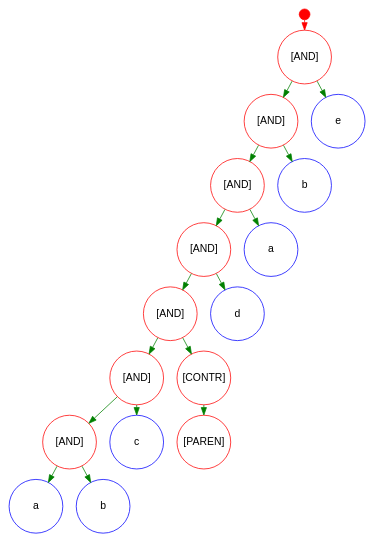
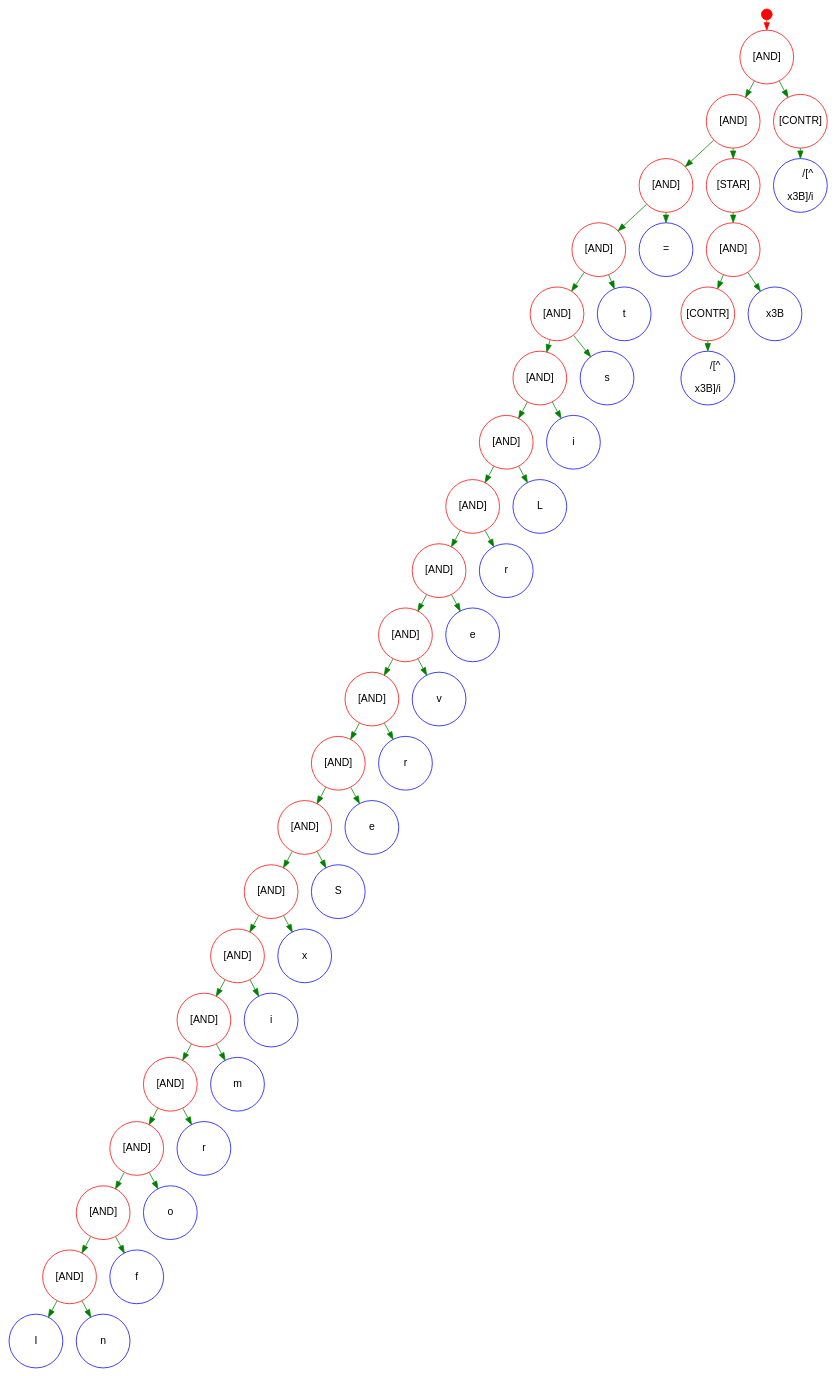
One commit to asohangh/nfaengine changed the diagram in NFAEngine2/parsetree.dot. Above: the diagram before and after it, drawn with Graphviz. The commit also changed 54 other files, not shown here.

```diff
--- a/NFAEngine2/parsetree.dot
+++ b/NFAEngine2/parsetree.dot
@@ -1,39 +1,99 @@
 digraph "parse Tree" {
 graph [ranksep=.2,rankdir=TD];
 node [shape=circle,fontname=Arial,fontsize=14];
 node [width=1,fixedsize=true];
 edge [fontname=Arial,fontsize=14];
 -1 [width=0.2,shape=point color=red];
 -1 -> 0 [ color=red];
 0 [label="[AND]" color=red];
 0 -> 1 [color=green];
 1 [label="[AND]" color=red];
 1 -> 2 [color=green];
 2 [label="[AND]" color=red];
 2 -> 3 [color=green];
 3 [label="[AND]" color=red];
 3 -> 4 [color=green];
 4 [label="[AND]" color=red];
 4 -> 5 [color=green];
 5 [label="[AND]" color=red];
 5 -> 6 [color=green];
 6 [label="[AND]" color=red];
 6 -> 7 [color=green];
-7 [label="a" color=blue];
-6 -> 8 [color=green];
-8 [label="b" color=blue];
-5 -> 9 [color=green];
-9 [label="c" color=blue];
-4 -> 10 [color=green];
-10 [label="[CONTR]" color=red];
+7 [label="[AND]" color=red];
+7 -> 8 [color=green];
+8 [label="[AND]" color=red];
+8 -> 9 [color=green];
+9 [label="[AND]" color=red];
+9 -> 10 [color=green];
+10 [label="[AND]" color=red];
 10 -> 11 [color=green];
-11 [label="[PAREN]" color=red];
-3 -> 12 [color=green];
-12 [label="d" color=blue];
-2 -> 13 [color=green];
-13 [label="a" color=blue];
-1 -> 14 [color=green];
-14 [label="b" color=blue];
-0 -> 15 [color=green];
-15 [label="e" color=blue];
+11 [label="[AND]" color=red];
+11 -> 12 [color=green];
+12 [label="[AND]" color=red];
+12 -> 13 [color=green];
+13 [label="[AND]" color=red];
+13 -> 14 [color=green];
+14 [label="[AND]" color=red];
+14 -> 15 [color=green];
+15 [label="[AND]" color=red];
+15 -> 16 [color=green];
+16 [label="[AND]" color=red];
+16 -> 17 [color=green];
+17 [label="[AND]" color=red];
+17 -> 18 [color=green];
+18 [label="[AND]" color=red];
+18 -> 19 [color=green];
+19 [label="[AND]" color=red];
+19 -> 20 [color=green];
+20 [label="I" color=blue];
+19 -> 21 [color=green];
+21 [label="n" color=blue];
+18 -> 22 [color=green];
+22 [label="f" color=blue];
+17 -> 23 [color=green];
+23 [label="o" color=blue];
+16 -> 24 [color=green];
+24 [label="r" color=blue];
+15 -> 25 [color=green];
+25 [label="m" color=blue];
+14 -> 26 [color=green];
+26 [label="i" color=blue];
+13 -> 27 [color=green];
+27 [label="x" color=blue];
+12 -> 28 [color=green];
+28 [label="S" color=blue];
+11 -> 29 [color=green];
+29 [label="e" color=blue];
+10 -> 30 [color=green];
+30 [label="r" color=blue];
+9 -> 31 [color=green];
+31 [label="v" color=blue];
+8 -> 32 [color=green];
+32 [label="e" color=blue];
+7 -> 33 [color=green];
+33 [label="r" color=blue];
+6 -> 34 [color=green];
+34 [label="L" color=blue];
+5 -> 35 [color=green];
+35 [label="i" color=blue];
+4 -> 36 [color=green];
+36 [label="s" color=blue];
+3 -> 37 [color=green];
+37 [label="t" color=blue];
+2 -> 38 [color=green];
+38 [label="=" color=blue];
+1 -> 39 [color=green];
+39 [label="[STAR]" color=red];
+39 -> 40 [color=green];
+40 [label="[AND]" color=red];
+40 -> 41 [color=green];
+41 [label="[CONTR]" color=red];
+41 -> 42 [color=green];
+42 [label="/[^\r\n\x3B]/i" color=blue];
+40 -> 43 [color=green];
+43 [label="\x3B" color=blue];
+0 -> 44 [color=green];
+44 [label="[CONTR]" color=red];
+44 -> 45 [color=green];
+45 [label="/[^\r\n\x3B]/i" color=blue];
 }
```
